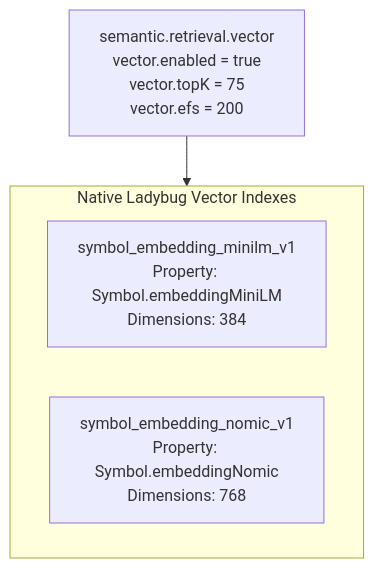
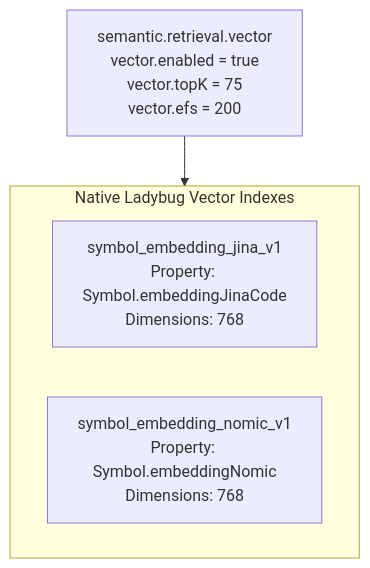
One commit to GlitterKill/sdl-mcp changed the seventh of 12 diagrams in docs/feature-deep-dives/semantic-engine.md. Above: the diagram before and after it, drawn with Mermaid. The commit also changed other lines of this file and 111 other files, not shown here.

First line of the commit message:
feat: replace all-MiniLM-L6-v2 with jina-embeddings-v2-base-code as default embedding model

````diff
--- a/docs/feature-deep-dives/semantic-engine.md
+++ b/docs/feature-deep-dives/semantic-engine.md
@@ -372,9 +372,9 @@
 ```mermaid
 flowchart TD
     subgraph Indexes["Native Ladybug Vector Indexes"]
-        MiniLMIndex["symbol_embedding_minilm_v1<br/>Property: Symbol.embeddingMiniLM<br/>Dimensions: 384"]
+        JinaIndex["symbol_embedding_jina_v1<br/>Property: Symbol.embeddingJinaCode<br/>Dimensions: 768"]
         NomicIndex["symbol_embedding_nomic_v1<br/>Property: Symbol.embeddingNomic<br/>Dimensions: 768"]
     end
 
     Config["semantic.retrieval.vector<br/>vector.enabled = true<br/>vector.topK = 75<br/>vector.efs = 200"] --> Indexes
 ```
````
